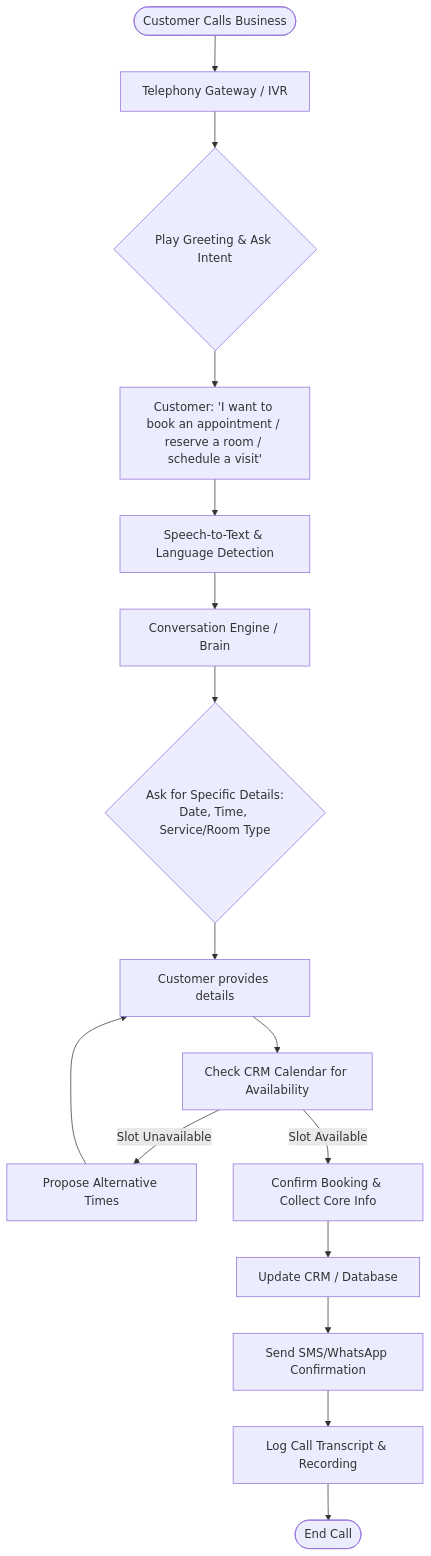
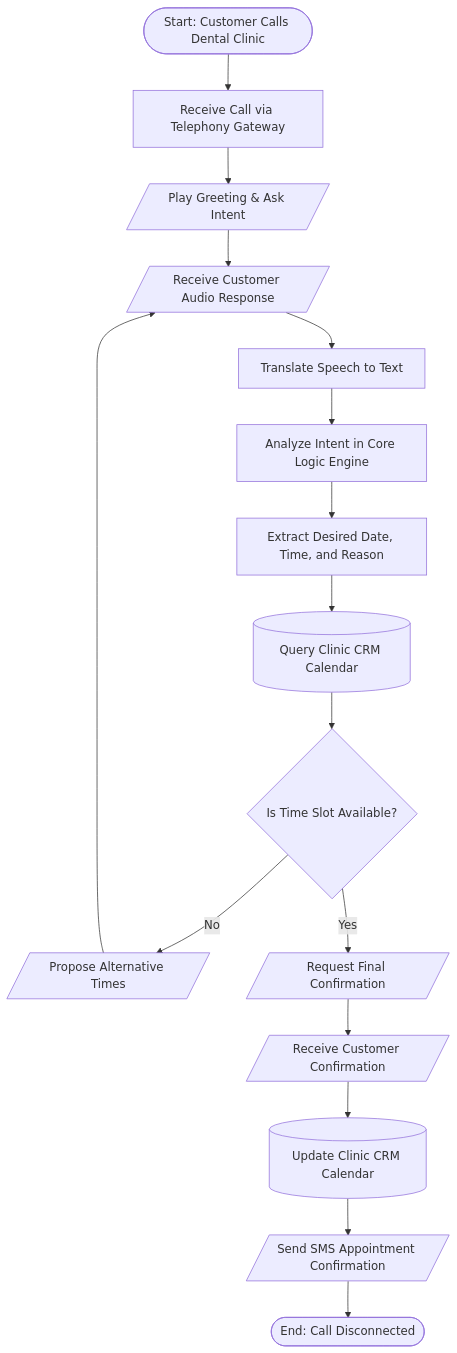
Before and after one commit to Tpg1993/smart-voice-agent: the first of 3 diagrams in Codefeast_Voice_Agent_Design.md, drawn with Mermaid. The commit also changed other lines of this file, not shown here.

Commit message:
Update flowcharts to use standard flowchart geometric symbols

````diff
--- a/Codefeast_Voice_Agent_Design.md
+++ b/Codefeast_Voice_Agent_Design.md
@@ -31,18 +30,27 @@
 ```mermaid
 graph TD
-    A([Customer Calls Business]) --> B[Telephony Gateway / IVR]
-    B --> C{Play Greeting & Ask Intent}
-    C --> D[Customer: 'I want to book an appointment / reserve a room / schedule a visit']
-    D --> E[Speech-to-Text & Language Detection]
-    E --> F[Conversation Engine / Brain]
-    F --> G{Ask for Specific Details:<br/>Date, Time, Service/Room Type}
-    G --> H[Customer provides details]
-    H --> I[Check CRM Calendar for Availability]
-    I -- Slot Unavailable --> J[Propose Alternative Times]
-    J --> H
-    I -- Slot Available --> K[Confirm Booking & Collect Core Info]
-    K --> L[Update CRM / Database]
-    L --> M[Send SMS/WhatsApp Confirmation]
-    M --> N[Log Call Transcript & Recording]
-    N --> O([End Call])
+    %% Standard Flowchart Symbols: 
+    %% ([...]) = Start/End Terminal
+    %% [...] = Process
+    %% { ... } = Decision
+    %% [/ ... /] = Input/Output
+    %% [( ... )] = Database
+    
+    Start([Start: Customer Calls Dental Clinic]) --> Receive[Receive Call via Telephony Gateway]
+    Receive --> PlayGreeting[/Play Greeting & Ask Intent/]
+    PlayGreeting --> ListenInput[/Receive Customer Audio Response/]
+    ListenInput --> SpeechToText[Translate Speech to Text]
+    SpeechToText --> ProcessIntent[Analyze Intent in Core Logic Engine]
+    ProcessIntent --> ExtractInfo[Extract Desired Date, Time, and Reason]
+    ExtractInfo --> QueryDB[(Query Clinic CRM Calendar)]
+    QueryDB --> CheckAvailability{Is Time Slot Available?}
+    
+    CheckAvailability -- No --> ProposeAlternative[/Propose Alternative Times/]
+    ProposeAlternative --> ListenInput
+    
+    CheckAvailability -- Yes --> RequestConfirmation[/Request Final Confirmation/]
+    RequestConfirmation --> ListenConfirmation[/Receive Customer Confirmation/]
+    ListenConfirmation --> UpdateDB[(Update Clinic CRM Calendar)]
+    UpdateDB --> SendSMS[/Send SMS Appointment Confirmation/]
+    SendSMS --> EndCall([End: Call Disconnected])
 ```
````
